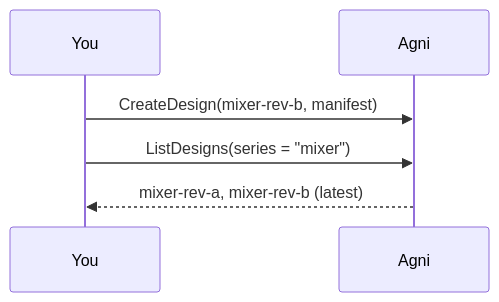
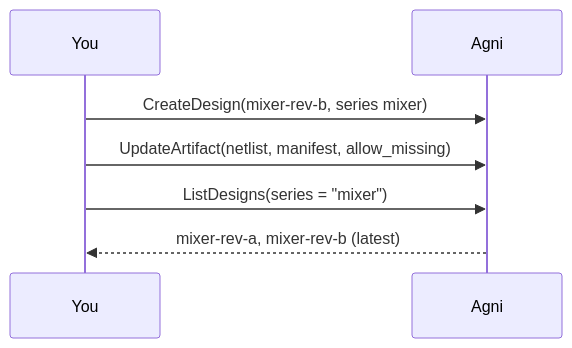
Before and after one commit to panyam/agni: the second of 4 diagrams in examples/keep-a-design/walkthrough.md, drawn with Mermaid. The commit also changed other lines of this file and 69 other files, not shown here.

First line of the commit message:
Keep a stored design's files as artifacts, and add agni designs and agni projects

````diff
--- a/examples/keep-a-design/walkthrough.md
+++ b/examples/keep-a-design/walkthrough.md
@@ -34,6 +35,7 @@
 ```mermaid
 sequenceDiagram
-You ->> Agni: CreateDesign(mixer-rev-b, manifest)
+You ->> Agni: CreateDesign(mixer-rev-b, series mixer)
+You ->> Agni: UpdateArtifact(netlist, manifest, allow_missing)
 You ->> Agni: ListDesigns(series = "mixer")
 Agni -->> You: mixer-rev-a, mixer-rev-b (latest)
 ```
````
